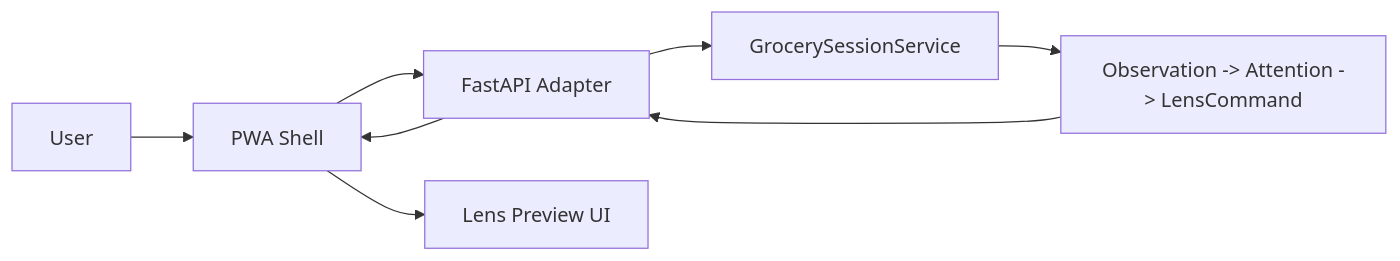
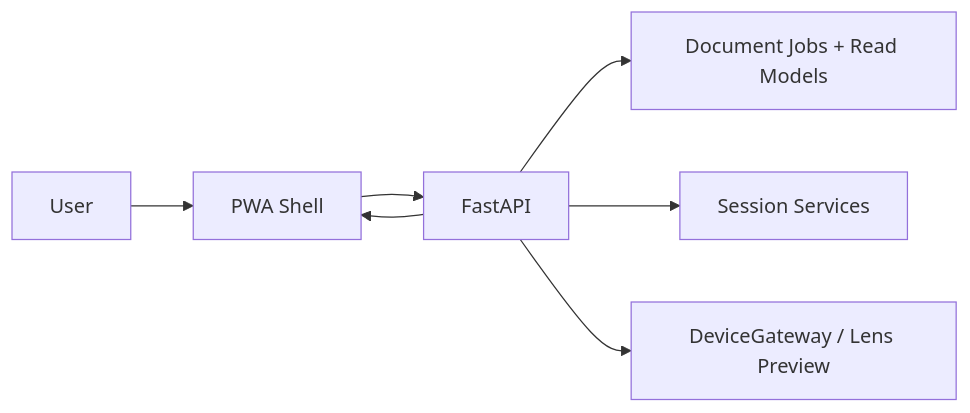
One commit to renanfulas/neweraglasses changed the diagram in docs/architecture/pwa-frontend.md. Above: the diagram before and after it, drawn with Mermaid. The commit also changed other lines of this file and 13 other files, not shown here.

````diff
--- a/docs/architecture/pwa-frontend.md
+++ b/docs/architecture/pwa-frontend.md
@@ -63,10 +49,9 @@
 ```mermaid
 flowchart LR
     User["User"] --> PWA["PWA Shell"]
-    PWA --> API["FastAPI Adapter"]
-    API --> Service["GrocerySessionService"]
-    Service --> Core["Observation -> Attention -> LensCommand"]
-    Core --> API
+    PWA --> API["FastAPI"]
+    API --> Jobs["Document Jobs + Read Models"]
+    API --> Session["Session Services"]
+    API --> Device["DeviceGateway / Lens Preview"]
     API --> PWA
-    PWA --> LensPreview["Lens Preview UI"]
 ```
````
